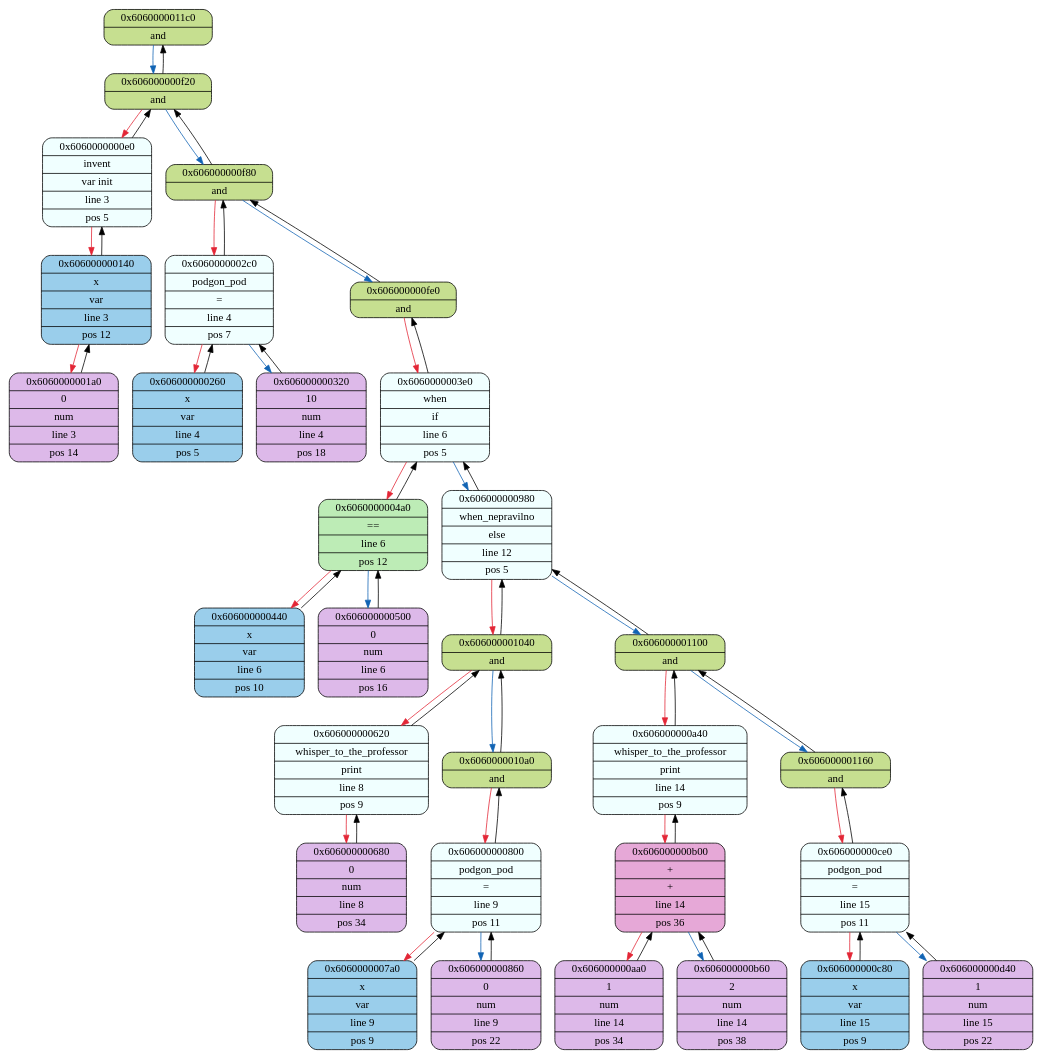
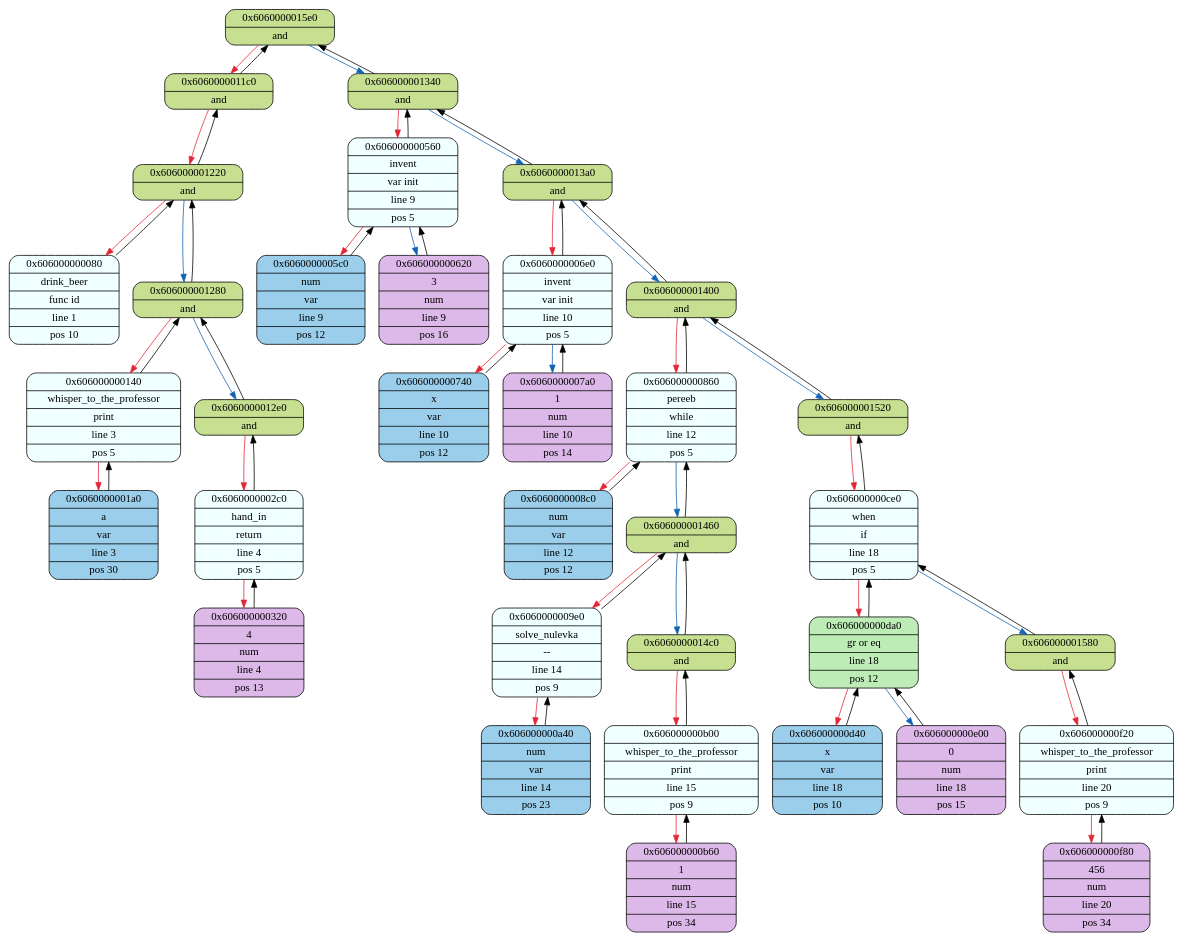
Before and after one commit to 2APetrin/MIPT_language: the diagram in frontend/logs/log_graphviz.dot, drawn with Graphviz. The commit also changed 12 other files, not shown here.

```diff
--- a/frontend/logs/log_graphviz.dot
+++ b/frontend/logs/log_graphviz.dot
@@ -1,94 +1,106 @@
 digraph
 {
+    node_0x6060000015e0[shape = Mrecord, label = "{{0x6060000015e0} | {and}}", style = "filled", fillcolor = "#C6DF90"];
     node_0x6060000011c0[shape = Mrecord, label = "{{0x6060000011c0} | {and}}", style = "filled", fillcolor = "#C6DF90"];
-    node_0x606000000f20[shape = Mrecord, label = "{{0x606000000f20} | {and}}", style = "filled", fillcolor = "#C6DF90"];
-    node_0x6060000000e0[shape = Mrecord, label = "{{0x6060000000e0} | {invent} | {var init} | {line 3} | {pos 5}}", style = "filled", fillcolor = "#F0FFFF"];
-    node_0x606000000140[shape = Mrecord, label = "{{0x606000000140} | {x} | {var} | {line 3} | {pos 12}}", style = "filled", fillcolor = "#9ACEEB"];
-    node_0x6060000001a0[shape = Mrecord, label = "{{0x6060000001a0} | {0} | {num} | {line 3} | {pos 14}}", style = "filled", fillcolor = "#DDB9E9"];
-    node_0x606000000f80[shape = Mrecord, label = "{{0x606000000f80} | {and}}", style = "filled", fillcolor = "#C6DF90"];
-    node_0x6060000002c0[shape = Mrecord, label = "{{0x6060000002c0} | {podgon_pod} | {=} | {line 4} | {pos 7}}", style = "filled", fillcolor = "#F0FFFF"];
-    node_0x606000000260[shape = Mrecord, label = "{{0x606000000260} | {x} | {var} | {line 4} | {pos 5}}", style = "filled", fillcolor = "#9ACEEB"];
-    node_0x606000000320[shape = Mrecord, label = "{{0x606000000320} | {10} | {num} | {line 4} | {pos 18}}", style = "filled", fillcolor = "#DDB9E9"];
-    node_0x606000000fe0[shape = Mrecord, label = "{{0x606000000fe0} | {and}}", style = "filled", fillcolor = "#C6DF90"];
-    node_0x6060000003e0[shape = Mrecord, label = "{{0x6060000003e0} | {when} | {if} | {line 6} | {pos 5}}", style = "filled", fillcolor = "#F0FFFF"];
-    node_0x6060000004a0[shape = Mrecord, label = "{{0x6060000004a0} | {==} | {line 6} | {pos 12}}", style = "filled", fillcolor = "#BDECB6"];
-    node_0x606000000440[shape = Mrecord, label = "{{0x606000000440} | {x} | {var} | {line 6} | {pos 10}}", style = "filled", fillcolor = "#9ACEEB"];
-    node_0x606000000500[shape = Mrecord, label = "{{0x606000000500} | {0} | {num} | {line 6} | {pos 16}}", style = "filled", fillcolor = "#DDB9E9"];
-    node_0x606000000980[shape = Mrecord, label = "{{0x606000000980} | {when_nepravilno} | {else} | {line 12} | {pos 5}}", style = "filled", fillcolor = "#F0FFFF"];
-    node_0x606000001040[shape = Mrecord, label = "{{0x606000001040} | {and}}", style = "filled", fillcolor = "#C6DF90"];
-    node_0x606000000620[shape = Mrecord, label = "{{0x606000000620} | {whisper_to_the_professor} | {print} | {line 8} | {pos 9}}", style = "filled", fillcolor = "#F0FFFF"];
-    node_0x606000000680[shape = Mrecord, label = "{{0x606000000680} | {0} | {num} | {line 8} | {pos 34}}", style = "filled", fillcolor = "#DDB9E9"];
-    node_0x6060000010a0[shape = Mrecord, label = "{{0x6060000010a0} | {and}}", style = "filled", fillcolor = "#C6DF90"];
-    node_0x606000000800[shape = Mrecord, label = "{{0x606000000800} | {podgon_pod} | {=} | {line 9} | {pos 11}}", style = "filled", fillcolor = "#F0FFFF"];
-    node_0x6060000007a0[shape = Mrecord, label = "{{0x6060000007a0} | {x} | {var} | {line 9} | {pos 9}}", style = "filled", fillcolor = "#9ACEEB"];
-    node_0x606000000860[shape = Mrecord, label = "{{0x606000000860} | {0} | {num} | {line 9} | {pos 22}}", style = "filled", fillcolor = "#DDB9E9"];
-    node_0x606000001100[shape = Mrecord, label = "{{0x606000001100} | {and}}", style = "filled", fillcolor = "#C6DF90"];
-    node_0x606000000a40[shape = Mrecord, label = "{{0x606000000a40} | {whisper_to_the_professor} | {print} | {line 14} | {pos 9}}", style = "filled", fillcolor = "#F0FFFF"];
-    node_0x606000000b00[shape = Mrecord, label = "{{0x606000000b00} | {+} | {+} | {line 14} | {pos 36}}", style = "filled", fillcolor = "#E6A8D7"];
-    node_0x606000000aa0[shape = Mrecord, label = "{{0x606000000aa0} | {1} | {num} | {line 14} | {pos 34}}", style = "filled", fillcolor = "#DDB9E9"];
-    node_0x606000000b60[shape = Mrecord, label = "{{0x606000000b60} | {2} | {num} | {line 14} | {pos 38}}", style = "filled", fillcolor = "#DDB9E9"];
-    node_0x606000001160[shape = Mrecord, label = "{{0x606000001160} | {and}}", style = "filled", fillcolor = "#C6DF90"];
-    node_0x606000000ce0[shape = Mrecord, label = "{{0x606000000ce0} | {podgon_pod} | {=} | {line 15} | {pos 11}}", style = "filled", fillcolor = "#F0FFFF"];
-    node_0x606000000c80[shape = Mrecord, label = "{{0x606000000c80} | {x} | {var} | {line 15} | {pos 9}}", style = "filled", fillcolor = "#9ACEEB"];
-    node_0x606000000d40[shape = Mrecord, label = "{{0x606000000d40} | {1} | {num} | {line 15} | {pos 22}}", style = "filled", fillcolor = "#DDB9E9"];
-    node_0x606000000f20->node_0x6060000011c0 [color = "#000000"];
-    node_0x6060000011c0->node_0x606000000f20 [color = "#1164B4"];
-    node_0x6060000000e0->node_0x606000000f20 [color = "#000000"];
-    node_0x606000000f20->node_0x6060000000e0 [color = "#E32636"];
-    node_0x606000000140->node_0x6060000000e0 [color = "#000000"];
-    node_0x6060000000e0->node_0x606000000140 [color = "#E32636"];
+    node_0x606000001220[shape = Mrecord, label = "{{0x606000001220} | {and}}", style = "filled", fillcolor = "#C6DF90"];
+    node_0x606000000080[shape = Mrecord, label = "{{0x606000000080} | {drink_beer} | {func id} | {line 1} | {pos 10}}", style = "filled", fillcolor = "#F0FFFF"];
+    node_0x606000001280[shape = Mrecord, label = "{{0x606000001280} | {and}}", style = "filled", fillcolor = "#C6DF90"];
+    node_0x606000000140[shape = Mrecord, label = "{{0x606000000140} | {whisper_to_the_professor} | {print} | {line 3} | {pos 5}}", style = "filled", fillcolor = "#F0FFFF"];
+    node_0x6060000001a0[shape = Mrecord, label = "{{0x6060000001a0} | {a} | {var} | {line 3} | {pos 30}}", style = "filled", fillcolor = "#9ACEEB"];
+    node_0x6060000012e0[shape = Mrecord, label = "{{0x6060000012e0} | {and}}", style = "filled", fillcolor = "#C6DF90"];
+    node_0x6060000002c0[shape = Mrecord, label = "{{0x6060000002c0} | {hand_in} | {return} | {line 4} | {pos 5}}", style = "filled", fillcolor = "#F0FFFF"];
+    node_0x606000000320[shape = Mrecord, label = "{{0x606000000320} | {4} | {num} | {line 4} | {pos 13}}", style = "filled", fillcolor = "#DDB9E9"];
+    node_0x606000001340[shape = Mrecord, label = "{{0x606000001340} | {and}}", style = "filled", fillcolor = "#C6DF90"];
+    node_0x606000000560[shape = Mrecord, label = "{{0x606000000560} | {invent} | {var init} | {line 9} | {pos 5}}", style = "filled", fillcolor = "#F0FFFF"];
+    node_0x6060000005c0[shape = Mrecord, label = "{{0x6060000005c0} | {num} | {var} | {line 9} | {pos 12}}", style = "filled", fillcolor = "#9ACEEB"];
+    node_0x606000000620[shape = Mrecord, label = "{{0x606000000620} | {3} | {num} | {line 9} | {pos 16}}", style = "filled", fillcolor = "#DDB9E9"];
+    node_0x6060000013a0[shape = Mrecord, label = "{{0x6060000013a0} | {and}}", style = "filled", fillcolor = "#C6DF90"];
+    node_0x6060000006e0[shape = Mrecord, label = "{{0x6060000006e0} | {invent} | {var init} | {line 10} | {pos 5}}", style = "filled", fillcolor = "#F0FFFF"];
+    node_0x606000000740[shape = Mrecord, label = "{{0x606000000740} | {x} | {var} | {line 10} | {pos 12}}", style = "filled", fillcolor = "#9ACEEB"];
+    node_0x6060000007a0[shape = Mrecord, label = "{{0x6060000007a0} | {1} | {num} | {line 10} | {pos 14}}", style = "filled", fillcolor = "#DDB9E9"];
+    node_0x606000001400[shape = Mrecord, label = "{{0x606000001400} | {and}}", style = "filled", fillcolor = "#C6DF90"];
+    node_0x606000000860[shape = Mrecord, label = "{{0x606000000860} | {pereeb} | {while} | {line 12} | {pos 5}}", style = "filled", fillcolor = "#F0FFFF"];
+    node_0x6060000008c0[shape = Mrecord, label = "{{0x6060000008c0} | {num} | {var} | {line 12} | {pos 12}}", style = "filled", fillcolor = "#9ACEEB"];
+    node_0x606000001460[shape = Mrecord, label = "{{0x606000001460} | {and}}", style = "filled", fillcolor = "#C6DF90"];
+    node_0x6060000009e0[shape = Mrecord, label = "{{0x6060000009e0} | {solve_nulevka} | {--} | {line 14} | {pos 9}}", style = "filled", fillcolor = "#F0FFFF"];
+    node_0x606000000a40[shape = Mrecord, label = "{{0x606000000a40} | {num} | {var} | {line 14} | {pos 23}}", style = "filled", fillcolor = "#9ACEEB"];
+    node_0x6060000014c0[shape = Mrecord, label = "{{0x6060000014c0} | {and}}", style = "filled", fillcolor = "#C6DF90"];
+    node_0x606000000b00[shape = Mrecord, label = "{{0x606000000b00} | {whisper_to_the_professor} | {print} | {line 15} | {pos 9}}", style = "filled", fillcolor = "#F0FFFF"];
+    node_0x606000000b60[shape = Mrecord, label = "{{0x606000000b60} | {1} | {num} | {line 15} | {pos 34}}", style = "filled", fillcolor = "#DDB9E9"];
+    node_0x606000001520[shape = Mrecord, label = "{{0x606000001520} | {and}}", style = "filled", fillcolor = "#C6DF90"];
+    node_0x606000000ce0[shape = Mrecord, label = "{{0x606000000ce0} | {when} | {if} | {line 18} | {pos 5}}", style = "filled", fillcolor = "#F0FFFF"];
+    node_0x606000000da0[shape = Mrecord, label = "{{0x606000000da0} | {gr or eq} | {line 18} | {pos 12}}", style = "filled", fillcolor = "#BDECB6"];
+    node_0x606000000d40[shape = Mrecord, label = "{{0x606000000d40} | {x} | {var} | {line 18} | {pos 10}}", style = "filled", fillcolor = "#9ACEEB"];
+    node_0x606000000e00[shape = Mrecord, label = "{{0x606000000e00} | {0} | {num} | {line 18} | {pos 15}}", style = "filled", fillcolor = "#DDB9E9"];
+    node_0x606000001580[shape = Mrecord, label = "{{0x606000001580} | {and}}", style = "filled", fillcolor = "#C6DF90"];
+    node_0x606000000f20[shape = Mrecord, label = "{{0x606000000f20} | {whisper_to_the_professor} | {print} | {line 20} | {pos 9}}", style = "filled", fillcolor = "#F0FFFF"];
+    node_0x606000000f80[shape = Mrecord, label = "{{0x606000000f80} | {456} | {num} | {line 20} | {pos 34}}", style = "filled", fillcolor = "#DDB9E9"];
+    node_0x6060000011c0->node_0x6060000015e0 [color = "#000000"];
+    node_0x6060000015e0->node_0x6060000011c0 [color = "#E32636"];
+    node_0x606000001220->node_0x6060000011c0 [color = "#000000"];
+    node_0x6060000011c0->node_0x606000001220 [color = "#E32636"];
+    node_0x606000000080->node_0x606000001220 [color = "#000000"];
+    node_0x606000001220->node_0x606000000080 [color = "#E32636"];
+    node_0x606000001280->node_0x606000001220 [color = "#000000"];
+    node_0x606000001220->node_0x606000001280 [color = "#1164B4"];
+    node_0x606000000140->node_0x606000001280 [color = "#000000"];
+    node_0x606000001280->node_0x606000000140 [color = "#E32636"];
     node_0x6060000001a0->node_0x606000000140 [color = "#000000"];
     node_0x606000000140->node_0x6060000001a0 [color = "#E32636"];
+    node_0x6060000012e0->node_0x606000001280 [color = "#000000"];
+    node_0x606000001280->node_0x6060000012e0 [color = "#1164B4"];
+    node_0x6060000002c0->node_0x6060000012e0 [color = "#000000"];
+    node_0x6060000012e0->node_0x6060000002c0 [color = "#E32636"];
+    node_0x606000000320->node_0x6060000002c0 [color = "#000000"];
+    node_0x6060000002c0->node_0x606000000320 [color = "#E32636"];
+    node_0x606000001340->node_0x6060000015e0 [color = "#000000"];
+    node_0x6060000015e0->node_0x606000001340 [color = "#1164B4"];
+    node_0x606000000560->node_0x606000001340 [color = "#000000"];
+    node_0x606000001340->node_0x606000000560 [color = "#E32636"];
+    node_0x6060000005c0->node_0x606000000560 [color = "#000000"];
+    node_0x606000000560->node_0x6060000005c0 [color = "#E32636"];
+    node_0x606000000620->node_0x606000000560 [color = "#000000"];
+    node_0x606000000560->node_0x606000000620 [color = "#1164B4"];
+    node_0x6060000013a0->node_0x606000001340 [color = "#000000"];
+    node_0x606000001340->node_0x6060000013a0 [color = "#1164B4"];
+    node_0x6060000006e0->node_0x6060000013a0 [color = "#000000"];
+    node_0x6060000013a0->node_0x6060000006e0 [color = "#E32636"];
+    node_0x606000000740->node_0x6060000006e0 [color = "#000000"];
+    node_0x6060000006e0->node_0x606000000740 [color = "#E32636"];
+    node_0x6060000007a0->node_0x6060000006e0 [color = "#000000"];
+    node_0x6060000006e0->node_0x6060000007a0 [color = "#1164B4"];
+    node_0x606000001400->node_0x6060000013a0 [color = "#000000"];
+    node_0x6060000013a0->node_0x606000001400 [color = "#1164B4"];
+    node_0x606000000860->node_0x606000001400 [color = "#000000"];
+    node_0x606000001400->node_0x606000000860 [color = "#E32636"];
+    node_0x6060000008c0->node_0x606000000860 [color = "#000000"];
+    node_0x606000000860->node_0x6060000008c0 [color = "#E32636"];
+    node_0x606000001460->node_0x606000000860 [color = "#000000"];
+    node_0x606000000860->node_0x606000001460 [color = "#1164B4"];
+    node_0x6060000009e0->node_0x606000001460 [color = "#000000"];
+    node_0x606000001460->node_0x6060000009e0 [color = "#E32636"];
+    node_0x606000000a40->node_0x6060000009e0 [color = "#000000"];
+    node_0x6060000009e0->node_0x606000000a40 [color = "#E32636"];
+    node_0x6060000014c0->node_0x606000001460 [color = "#000000"];
+    node_0x606000001460->node_0x6060000014c0 [color = "#1164B4"];
+    node_0x606000000b00->node_0x6060000014c0 [color = "#000000"];
+    node_0x6060000014c0->node_0x606000000b00 [color = "#E32636"];
+    node_0x606000000b60->node_0x606000000b00 [color = "#000000"];
+    node_0x606000000b00->node_0x606000000b60 [color = "#E32636"];
+    node_0x606000001520->node_0x606000001400 [color = "#000000"];
+    node_0x606000001400->node_0x606000001520 [color = "#1164B4"];
+    node_0x606000000ce0->node_0x606000001520 [color = "#000000"];
+    node_0x606000001520->node_0x606000000ce0 [color = "#E32636"];
+    node_0x606000000da0->node_0x606000000ce0 [color = "#000000"];
+    node_0x606000000ce0->node_0x606000000da0 [color = "#E32636"];
+    node_0x606000000d40->node_0x606000000da0 [color = "#000000"];
+    node_0x606000000da0->node_0x606000000d40 [color = "#E32636"];
+    node_0x606000000e00->node_0x606000000da0 [color = "#000000"];
+    node_0x606000000da0->node_0x606000000e00 [color = "#1164B4"];
+    node_0x606000001580->node_0x606000000ce0 [color = "#000000"];
+    node_0x606000000ce0->node_0x606000001580 [color = "#1164B4"];
+    node_0x606000000f20->node_0x606000001580 [color = "#000000"];
+    node_0x606000001580->node_0x606000000f20 [color = "#E32636"];
     node_0x606000000f80->node_0x606000000f20 [color = "#000000"];
-    node_0x606000000f20->node_0x606000000f80 [color = "#1164B4"];
-    node_0x6060000002c0->node_0x606000000f80 [color = "#000000"];
-    node_0x606000000f80->node_0x6060000002c0 [color = "#E32636"];
-    node_0x606000000260->node_0x6060000002c0 [color = "#000000"];
-    node_0x6060000002c0->node_0x606000000260 [color = "#E32636"];
-    node_0x606000000320->node_0x6060000002c0 [color = "#000000"];
-    node_0x6060000002c0->node_0x606000000320 [color = "#1164B4"];
-    node_0x606000000fe0->node_0x606000000f80 [color = "#000000"];
-    node_0x606000000f80->node_0x606000000fe0 [color = "#1164B4"];
-    node_0x6060000003e0->node_0x606000000fe0 [color = "#000000"];
-    node_0x606000000fe0->node_0x6060000003e0 [color = "#E32636"];
-    node_0x6060000004a0->node_0x6060000003e0 [color = "#000000"];
-    node_0x6060000003e0->node_0x6060000004a0 [color = "#E32636"];
-    node_0x606000000440->node_0x6060000004a0 [color = "#000000"];
-    node_0x6060000004a0->node_0x606000000440 [color = "#E32636"];
-    node_0x606000000500->node_0x6060000004a0 [color = "#000000"];
-    node_0x6060000004a0->node_0x606000000500 [color = "#1164B4"];
-    node_0x606000000980->node_0x6060000003e0 [color = "#000000"];
-    node_0x6060000003e0->node_0x606000000980 [color = "#1164B4"];
-    node_0x606000001040->node_0x606000000980 [color = "#000000"];
-    node_0x606000000980->node_0x606000001040 [color = "#E32636"];
-    node_0x606000000620->node_0x606000001040 [color = "#000000"];
-    node_0x606000001040->node_0x606000000620 [color = "#E32636"];
-    node_0x606000000680->node_0x606000000620 [color = "#000000"];
-    node_0x606000000620->node_0x606000000680 [color = "#E32636"];
-    node_0x6060000010a0->node_0x606000001040 [color = "#000000"];
-    node_0x606000001040->node_0x6060000010a0 [color = "#1164B4"];
-    node_0x606000000800->node_0x6060000010a0 [color = "#000000"];
-    node_0x6060000010a0->node_0x606000000800 [color = "#E32636"];
-    node_0x6060000007a0->node_0x606000000800 [color = "#000000"];
-    node_0x606000000800->node_0x6060000007a0 [color = "#E32636"];
-    node_0x606000000860->node_0x606000000800 [color = "#000000"];
-    node_0x606000000800->node_0x606000000860 [color = "#1164B4"];
-    node_0x606000001100->node_0x606000000980 [color = "#000000"];
-    node_0x606000000980->node_0x606000001100 [color = "#1164B4"];
-    node_0x606000000a40->node_0x606000001100 [color = "#000000"];
-    node_0x606000001100->node_0x606000000a40 [color = "#E32636"];
-    node_0x606000000b00->node_0x606000000a40 [color = "#000000"];
-    node_0x606000000a40->node_0x606000000b00 [color = "#E32636"];
-    node_0x606000000aa0->node_0x606000000b00 [color = "#000000"];
-    node_0x606000000b00->node_0x606000000aa0 [color = "#E32636"];
-    node_0x606000000b60->node_0x606000000b00 [color = "#000000"];
-    node_0x606000000b00->node_0x606000000b60 [color = "#1164B4"];
-    node_0x606000001160->node_0x606000001100 [color = "#000000"];
-    node_0x606000001100->node_0x606000001160 [color = "#1164B4"];
-    node_0x606000000ce0->node_0x606000001160 [color = "#000000"];
-    node_0x606000001160->node_0x606000000ce0 [color = "#E32636"];
-    node_0x606000000c80->node_0x606000000ce0 [color = "#000000"];
-    node_0x606000000ce0->node_0x606000000c80 [color = "#E32636"];
-    node_0x606000000d40->node_0x606000000ce0 [color = "#000000"];
-    node_0x606000000ce0->node_0x606000000d40 [color = "#1164B4"];
+    node_0x606000000f20->node_0x606000000f80 [color = "#E32636"];
 }
```
